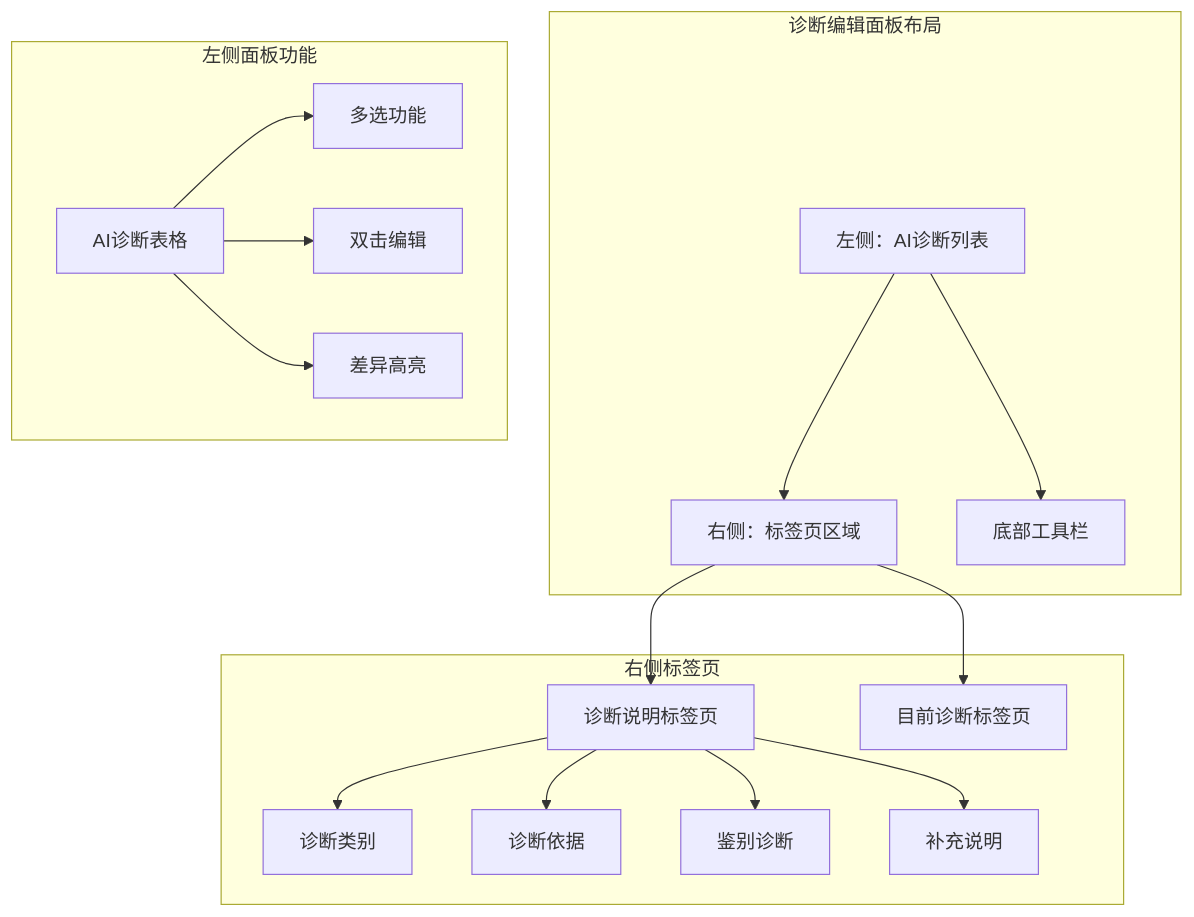
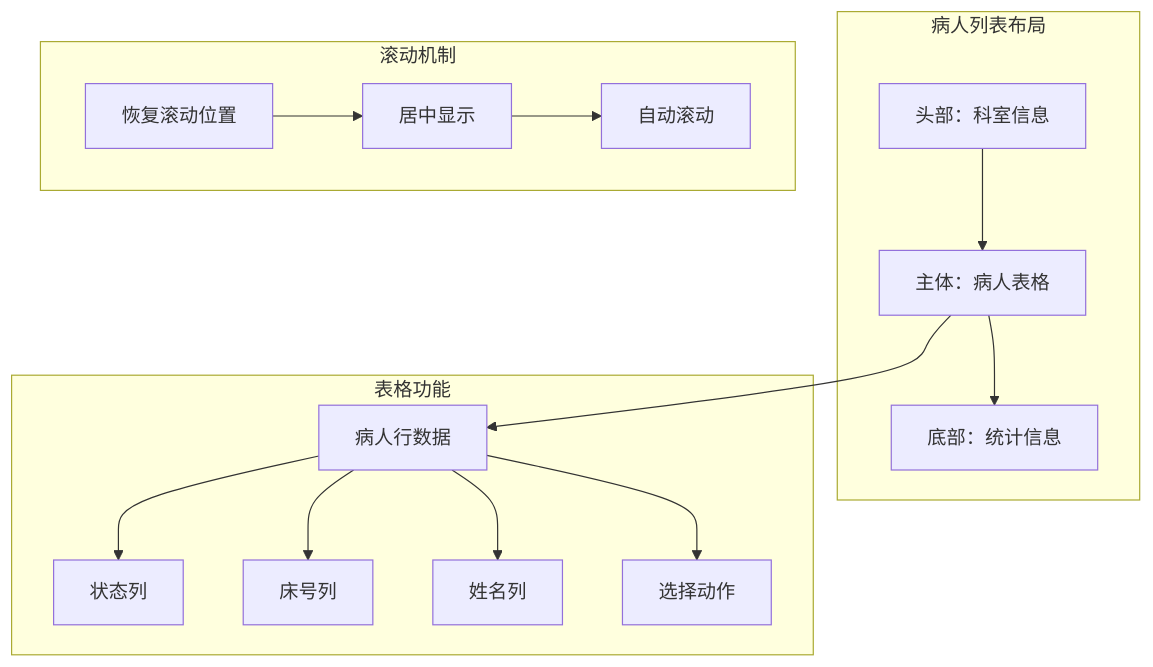
The tenth of 17 diagrams in .qoder/repowiki/zh/content/Update Summary/Update Summary.md (liuzh2008/med_ai_assistant_workspace), drawn with Mermaid before and after one commit. The commit also changed other lines of this file and 5 other files, not shown here.

````diff
--- a/.qoder/repowiki/zh/content/Update Summary/Update Summary.md
+++ b/.qoder/repowiki/zh/content/Update Summary/Update Summary.md
@@ -436,26 +410,29 @@
 ```mermaid
 graph TB
-subgraph "诊断编辑面板布局"
-LeftPanel[左侧：AI诊断列表]
-RightPanel[右侧：标签页区域]
-Toolbar[底部工具栏]
+subgraph "病人列表布局"
+Header[头部：科室信息]
+Table[主体：病人表格]
+Footer[底部：统计信息]
 end
-subgraph "左侧面板功能"
-AITableView[AI诊断表格]
-AITableView --> Selection[多选功能]
-AITableView --> EditMode[双击编辑]
-AITableView --> Highlight[差异高亮]
+subgraph "表格功能"
+PatientRows[病人行数据]
+StatusColumn[状态列]
+BedColumn[床号列]
+NameColumn[姓名列]
+SelectAction[选择动作]
 end
-subgraph "右侧标签页"
-DetailTab[诊断说明标签页]
-CurrentTab[目前诊断标签页]
-DetailTab --> Category[诊断类别]
-DetailTab --> Basis[诊断依据]
-DetailTab --> Differential[鉴别诊断]
-DetailTab --> Supplement[补充说明]
+subgraph "滚动机制"
+RestorePosition[恢复滚动位置]
+ScrollToCenter[居中显示]
+AutoScroll[自动滚动]
 end
-LeftPanel --> RightPanel
-LeftPanel --> Toolbar
-RightPanel --> DetailTab
-RightPanel --> CurrentTab
+Header --> Table
+Table --> PatientRows
+PatientRows --> StatusColumn
+PatientRows --> BedColumn
+PatientRows --> NameColumn
+PatientRows --> SelectAction
+Table --> Footer
+RestorePosition --> ScrollToCenter
+ScrollToCenter --> AutoScroll
 ```
````
